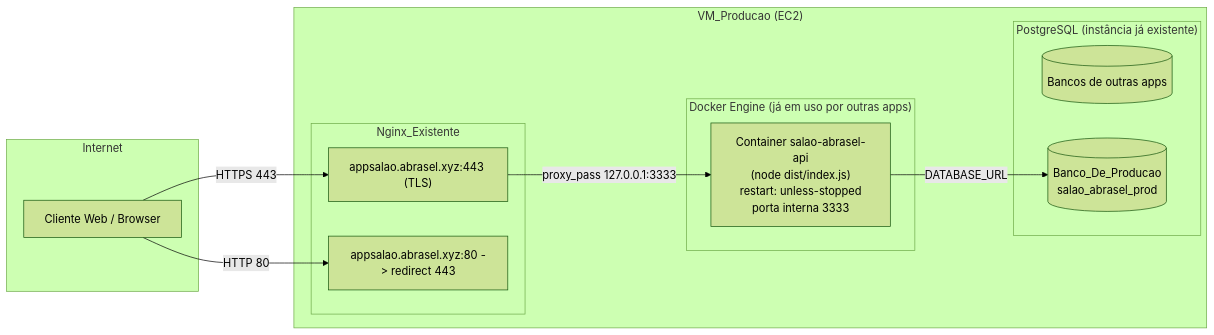
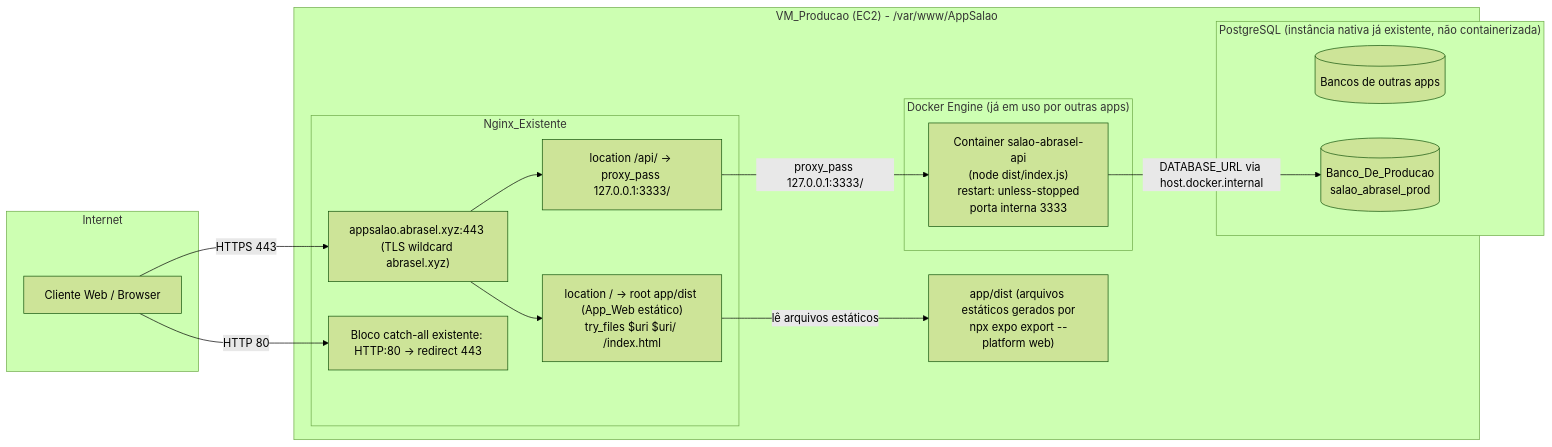
The diagram in .kiro/specs/deploy-aws-producao/design.md (DevtecAbrasel/AppSalao), drawn with Mermaid (forest theme) before and after one commit. The commit also changed other lines of this file and 1 other file, not shown here.

````diff
--- a/.kiro/specs/deploy-aws-producao/design.md
+++ b/.kiro/specs/deploy-aws-producao/design.md
@@ -13,27 +20,34 @@
 ```mermaid
 flowchart LR
     subgraph Internet
         Client[Cliente Web / Browser]
     end
 
-    subgraph VM_Producao["VM_Producao (EC2)"]
+    subgraph VM_Producao["VM_Producao (EC2) - /var/www/AppSalao"]
         subgraph Nginx["Nginx_Existente"]
-            NginxHTTPS["appsalao.abrasel.xyz:443 (TLS)"]
-            NginxHTTP["appsalao.abrasel.xyz:80 -> redirect 443"]
+            NginxHTTPS["appsalao.abrasel.xyz:443 (TLS wildcard abrasel.xyz)"]
+            NginxRedirect["Bloco catch-all existente: HTTP:80 -> redirect 443"]
+            LocationAPI["location /api/ -> proxy_pass 127.0.0.1:3333/"]
+            LocationRoot["location / -> root app/dist (App_Web estático)\ntry_files $uri $uri/ /index.html"]
         end
 
         subgraph Docker["Docker Engine (já em uso por outras apps)"]
             APIContainer["Container salao-abrasel-api\n(node dist/index.js)\nrestart: unless-stopped\nporta interna 3333"]
         end
 
-        subgraph Postgres["PostgreSQL (instância já existente)"]
+        AppWebDist["app/dist (arquivos estáticos gerados por\nnpx expo export --platform web)"]
+
+        subgraph Postgres["PostgreSQL (instância nativa já existente, não containerizada)"]
             OtherDBs[(Bancos de outras apps)]
             ProdDB[(Banco_De_Producao\nsalao_abrasel_prod)]
         end
     end
 
     Client -->|HTTPS 443| NginxHTTPS
-    Client -->|HTTP 80| NginxHTTP
-    NginxHTTPS -->|proxy_pass 127.0.0.1:3333| APIContainer
-    APIContainer -->|DATABASE_URL| ProdDB
+    Client -->|HTTP 80| NginxRedirect
+    NginxHTTPS --> LocationAPI
+    NginxHTTPS --> LocationRoot
+    LocationAPI -->|proxy_pass 127.0.0.1:3333/| APIContainer
+    LocationRoot -->|lê arquivos estáticos| AppWebDist
+    APIContainer -->|DATABASE_URL via host.docker.internal| ProdDB
 ```
````
